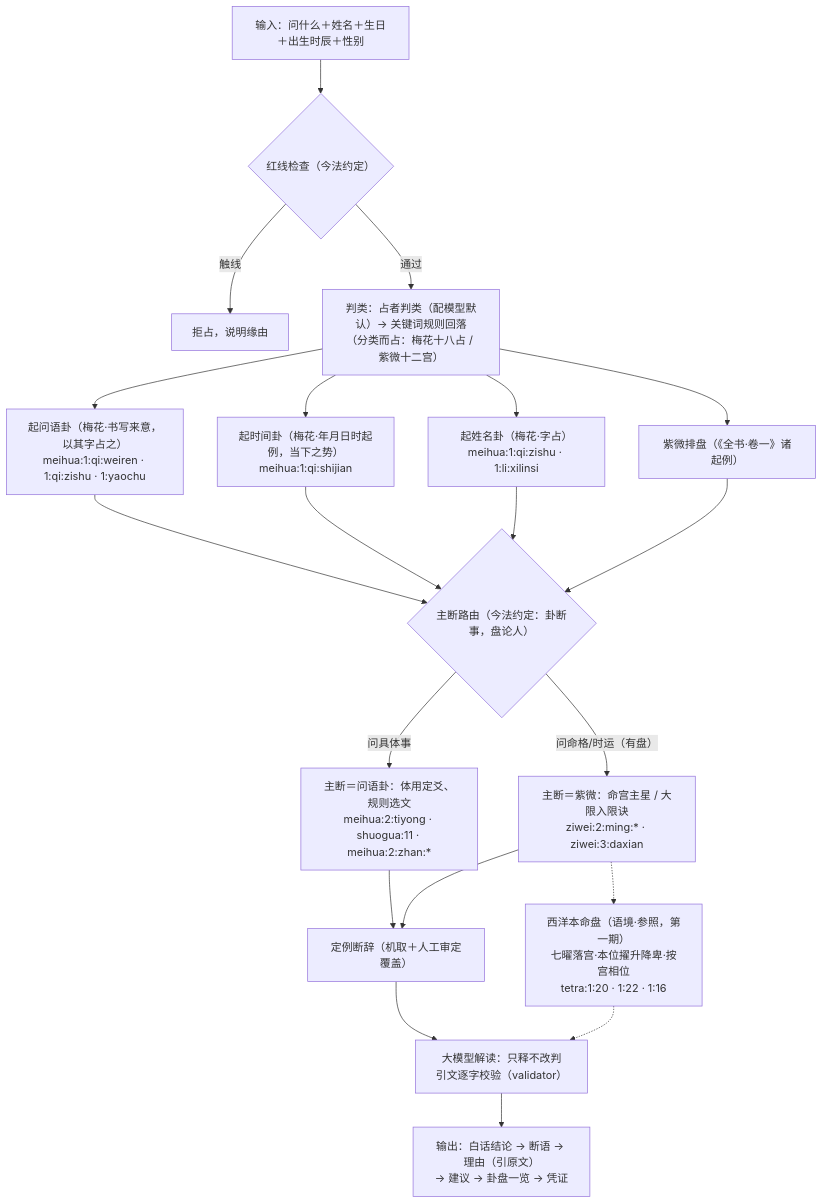
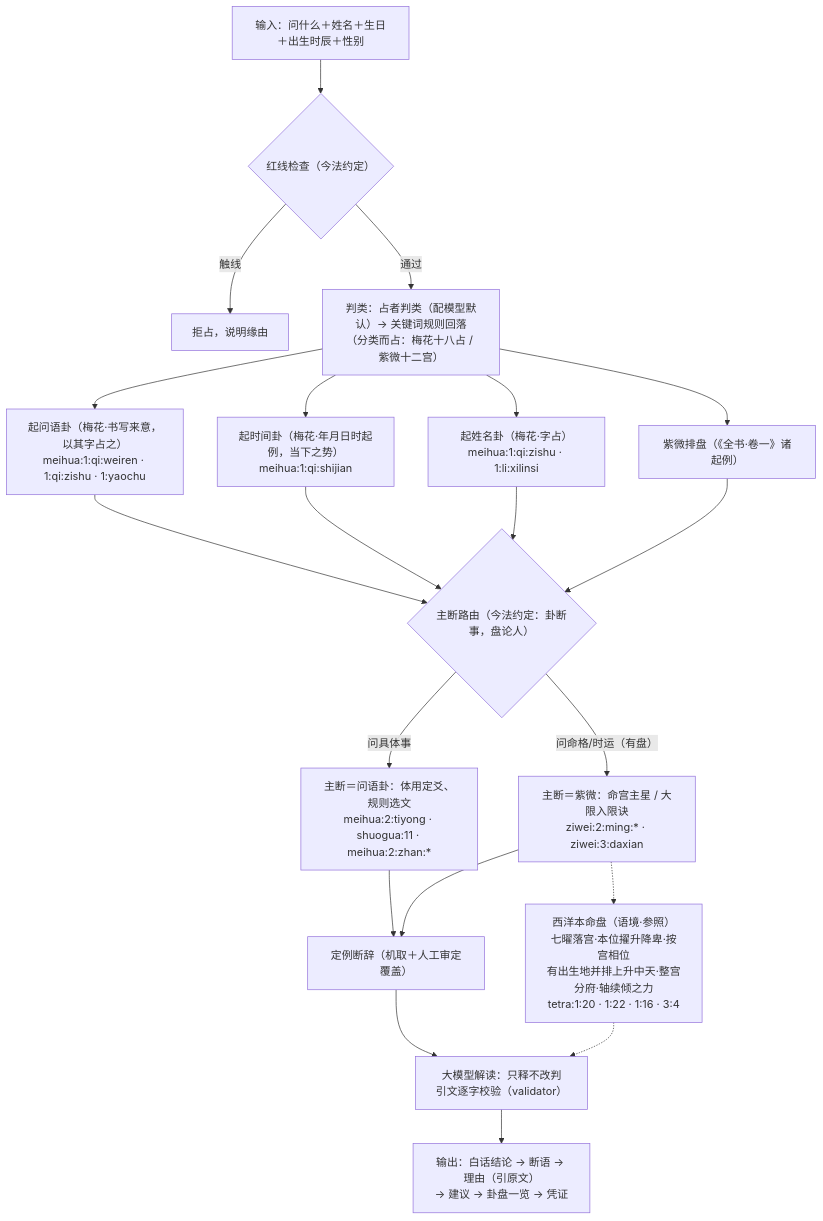
Before and after one commit to LL145/Zhihu: the diagram in ALGORITHM.md, drawn with Mermaid. The commit also changed other lines of this file and 12 other files, not shown here.

````diff
--- a/ALGORITHM.md
+++ b/ALGORITHM.md
@@ -40,22 +41,22 @@
 ```mermaid
 flowchart TD
     IN["输入：问什么＋姓名＋生日＋出生时辰＋性别"] --> RL{"红线检查（今法约定）"}
     RL -- 触线 --> REFUSE["拒占，说明缘由"]
     RL -- 通过 --> TP["判类：占者判类（配模型默认）→ 关键词规则回落<br/>（分类而占：梅花十八占 / 紫微十二宫）"]
     TP --> C0["起问语卦（梅花·书写来意，以其字占之）<br/>meihua:1:qi:weiren · 1:qi:zishu · 1:yaochu"]
     TP --> C1["起时间卦（梅花·年月日时起例，当下之势）<br/>meihua:1:qi:shijian"]
     TP --> C2["起姓名卦（梅花·字占）<br/>meihua:1:qi:zishu · 1:li:xilinsi"]
     TP --> C3["紫微排盘（《全书·卷一》诸起例）"]
     C0 --> ROUTE{"主断路由（今法约定：卦断事，盘论人）"}
     C1 --> ROUTE
     C2 --> ROUTE
     C3 --> ROUTE
     ROUTE -- "问具体事" --> E1["主断＝问语卦：体用定爻、规则选文<br/>meihua:2:tiyong · shuogua:11 · meihua:2:zhan:*"]
     ROUTE -- "问命格/时运（有盘）" --> Z1["主断＝紫微：命宫主星 / 大限入限诀<br/>ziwei:2:ming:* · ziwei:3:daxian"]
     E1 --> V["定例断辞（机取＋人工审定覆盖）"]
     Z1 --> V
-    Z1 -.-> AS["西洋本命盘（语境·参照，第一期）<br/>七曜落宫·本位擢升降卑·按宫相位<br/>tetra:1:20 · 1:22 · 1:16"]
+    Z1 -.-> AS["西洋本命盘（语境·参照）<br/>七曜落宫·本位擢升降卑·按宫相位<br/>有出生地并排上升中天·整宫分府·轴续倾之力<br/>tetra:1:20 · 1:22 · 1:16 · 3:4"]
     AS -.-> LLM
     V --> LLM["大模型解读：只释不改判<br/>引文逐字校验（validator）"]
     LLM --> OUT["输出：白话结论 → 断语 → 理由（引原文）<br/>→ 建议 → 卦盘一览 → 凭证"]
 ```
````
